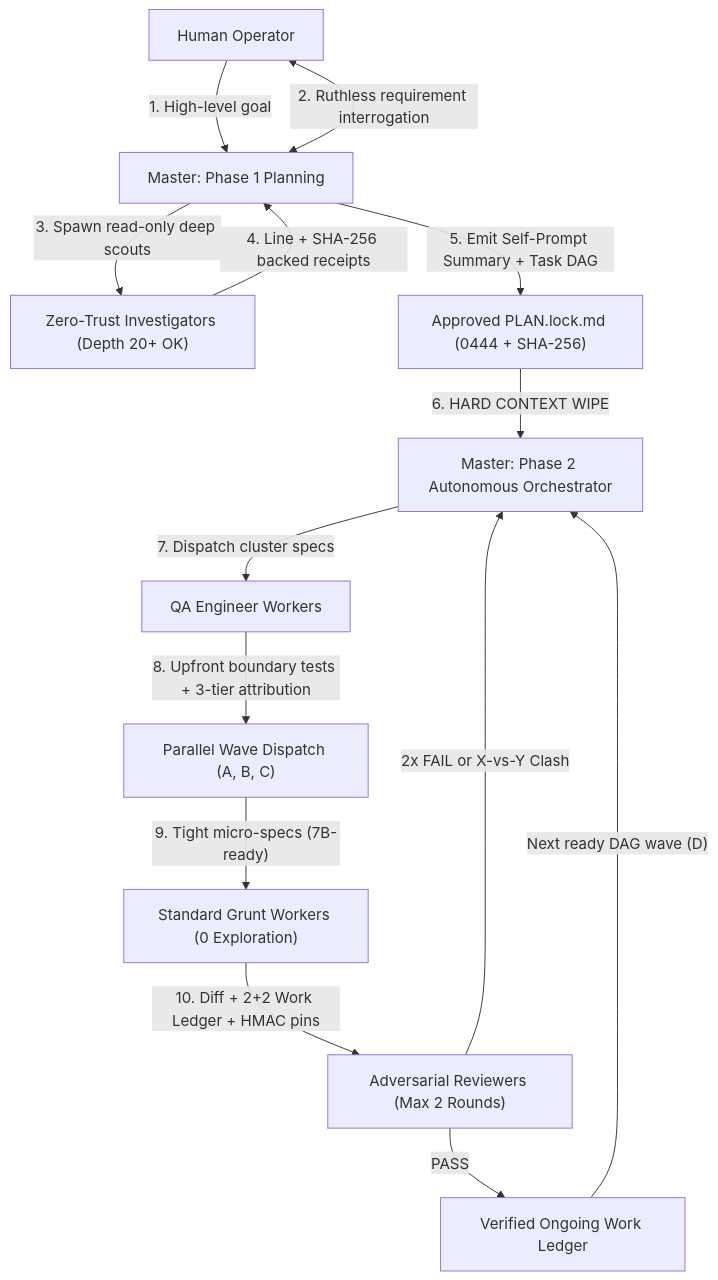
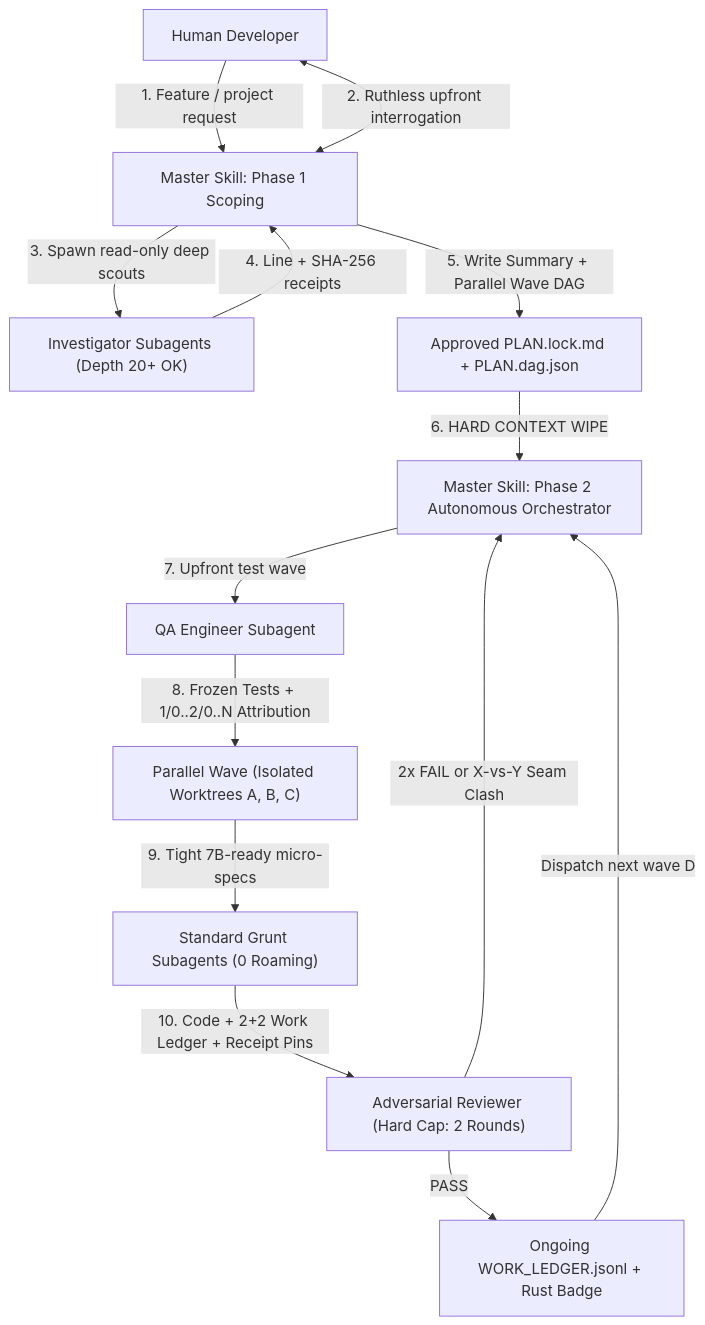
Before and after one commit to susanbdev/dotagent: the diagram in docs/SWARM_TECHNICAL_SPEC.md, drawn with Mermaid. The commit also changed other lines of this file and 3 other files, not shown here.

````diff
--- a/docs/SWARM_TECHNICAL_SPEC.md
+++ b/docs/SWARM_TECHNICAL_SPEC.md
@@ -51,16 +26,16 @@
 ```mermaid
 flowchart TD
-    U["Human Operator"] -->|"1. High-level goal"| M_PLAN["Master: Phase 1 Planning"]
-    M_PLAN <-->|"2. Ruthless requirement interrogation"| U
-    M_PLAN -->|"3. Spawn read-only deep scouts"| INV["Zero-Trust Investigators (Depth 20+ OK)"]
-    INV -->|"4. Line + SHA-256 backed receipts"| M_PLAN
-    M_PLAN -->|"5. Emit Self-Prompt Summary + Task DAG"| LOCK["Approved PLAN.lock.md (0444 + SHA-256)"]
-    LOCK -->|"6. HARD CONTEXT WIPE"| M_EXEC["Master: Phase 2 Autonomous Orchestrator"]
-    M_EXEC -->|"7. Dispatch cluster specs"| QA["QA Engineer Workers"]
-    QA -->|"8. Upfront boundary tests + 3-tier attribution"| WAVE["Parallel Wave Dispatch (A, B, C)"]
-    WAVE -->|"9. Tight micro-specs (7B-ready)"| GRUNT["Standard Grunt Workers (0 Exploration)"]
-    GRUNT -->|"10. Diff + 2+2 Work Ledger + HMAC pins"| REV["Adversarial Reviewers (Max 2 Rounds)"]
-    REV -->|"PASS"| LEDGER["Verified Ongoing Work Ledger"]
-    REV -->|"2x FAIL or X-vs-Y Clash"| M_EXEC
-    LEDGER -->|"Next ready DAG wave (D)"| M_EXEC
+    U["Human Developer"] -->|"1. Feature / project request"| M1["Master Skill: Phase 1 Scoping"]
+    M1 <-->|"2. Ruthless upfront interrogation"| U
+    M1 -->|"3. Spawn read-only deep scouts"| INV["Investigator Subagents (Depth 20+ OK)"]
+    INV -->|"4. Line + SHA-256 receipts"| M1
+    M1 -->|"5. Write Summary + Parallel Wave DAG"| PLAN["Approved PLAN.lock.md + PLAN.dag.json"]
+    PLAN -->|"6. HARD CONTEXT WIPE"| M2["Master Skill: Phase 2 Autonomous Orchestrator"]
+    M2 -->|"7. Upfront test wave"| QA["QA Engineer Subagent"]
+    QA -->|"8. Frozen Tests + 1/0..2/0..N Attribution"| WAVE["Parallel Wave (Isolated Worktrees A, B, C)"]
+    WAVE -->|"9. Tight 7B-ready micro-specs"| GRUNT["Standard Grunt Subagents (0 Roaming)"]
+    GRUNT -->|"10. Code + 2+2 Work Ledger + Receipt Pins"| REV["Adversarial Reviewer (Hard Cap: 2 Rounds)"]
+    REV -->|"PASS"| LEDGER["Ongoing WORK_LEDGER.jsonl + Rust Badge"]
+    REV -->|"2x FAIL or X-vs-Y Seam Clash"| M2
+    LEDGER -->|"Dispatch next wave D"| M2
 ```
````
